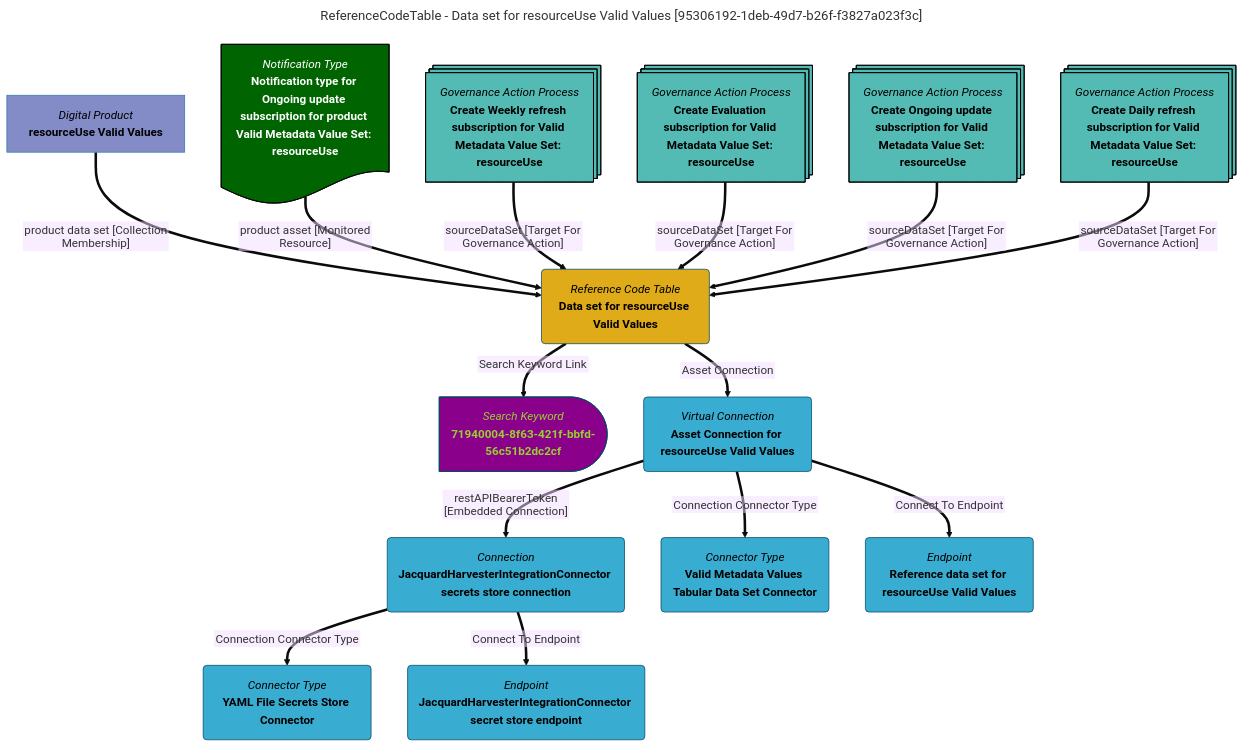
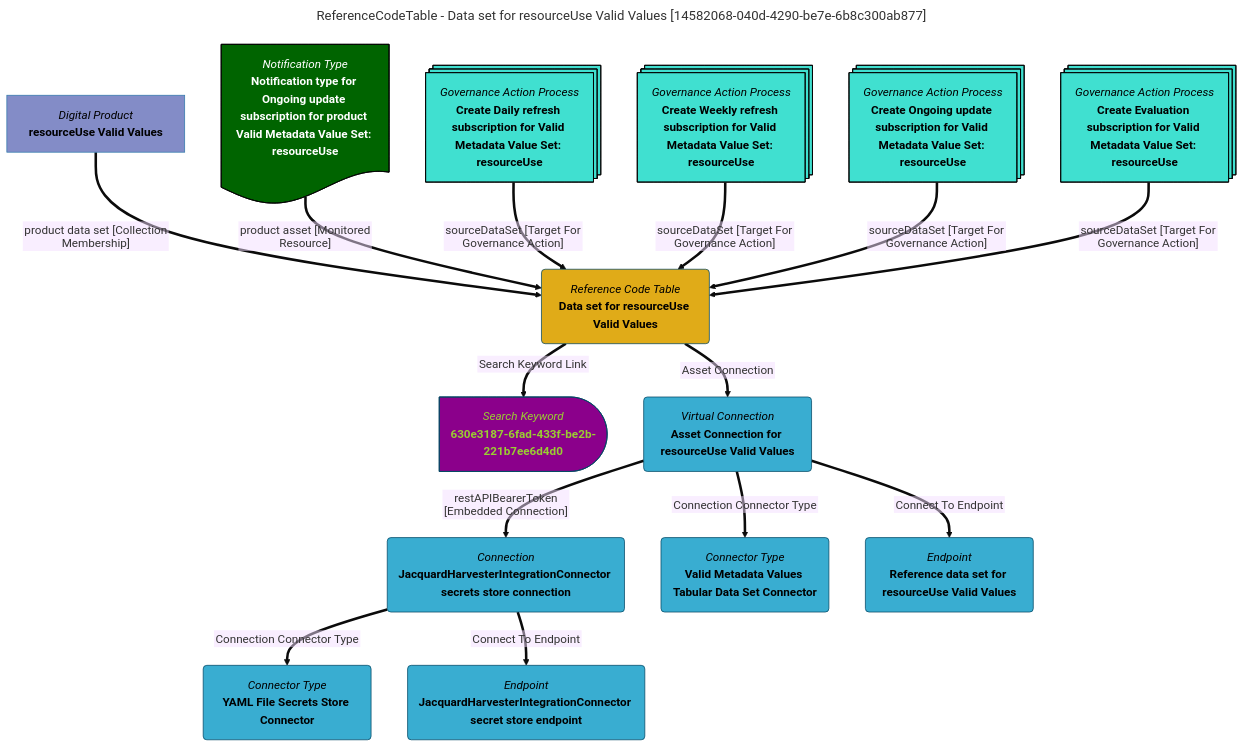
One commit to odpi/egeria-docs changed the diagram in site/snippets/data-assets/data-set-for-resourceuse-valid-values-mermaid-graph.md. Above: the diagram before and after it, drawn with Mermaid (base theme). The commit also changed 2201 other files, not shown here.

````diff
--- a/site/snippets/data-assets/data-set-for-resourceuse-valid-values-mermaid-graph.md
+++ b/site/snippets/data-assets/data-set-for-resourceuse-valid-values-mermaid-graph.md
@@ -1,63 +1,63 @@
 ```mermaid
 ---
-title: ReferenceCodeTable - Data set for resourceUse Valid Values [95306192-1deb-49d7-b26f-f3827a023f3c]
+title: ReferenceCodeTable - Data set for resourceUse Valid Values [14582068-040d-4290-be7e-6b8c300ab877]
 ---
 flowchart TD
 %%{init: {"flowchart": {"htmlLabels": false}} }%%
 
 1@{ shape: rounded, label: "*Reference Code Table*
 **Data set for resourceUse Valid Values**"}
 2@{ shape: delay, label: "*Search Keyword*
-**71940004-8f63-421f-bbfd-56c51b2dc2cf**"}
+**630e3187-6fad-433f-be2b-221b7ee6d4d0**"}
 1==>|"Search Keyword Link"|2
 3@{ shape: rect, label: "*Digital Product*
 **resourceUse Valid Values**"}
 3==>|"product data set [Collection Membership]"|1
 4@{ shape: rounded, label: "*Virtual Connection*
 **Asset Connection for resourceUse Valid Values**"}
 1==>|"Asset Connection"|4
 5@{ shape: rounded, label: "*Connection*
 **JacquardHarvesterIntegrationConnector secrets store connection**"}
 4==>|"restAPIBearerToken [Embedded Connection]"|5
 6@{ shape: rounded, label: "*Connector Type*
 **YAML File Secrets Store Connector**"}
 5==>|"Connection Connector Type"|6
 7@{ shape: rounded, label: "*Endpoint*
 **JacquardHarvesterIntegrationConnector secret store endpoint**"}
 5==>|"Connect To Endpoint"|7
 8@{ shape: rounded, label: "*Connector Type*
 **Valid Metadata Values Tabular Data Set Connector**"}
 4==>|"Connection Connector Type"|8
 9@{ shape: rounded, label: "*Endpoint*
 **Reference data set for resourceUse Valid Values**"}
 4==>|"Connect To Endpoint"|9
 10@{ shape: doc, label: "*Notification Type*
 **Notification type for Ongoing update subscription for product Valid Metadata Value Set: resourceUse**"}
 10==>|"product asset [Monitored Resource]"|1
 11@{ shape: processes, label: "*Governance Action Process*
-**Create Weekly refresh subscription for Valid Metadata Value Set: resourceUse**"}
+**Create Daily refresh subscription for Valid Metadata Value Set: resourceUse**"}
 11==>|"sourceDataSet [Target For Governance Action]"|1
 12@{ shape: processes, label: "*Governance Action Process*
-**Create Evaluation subscription for Valid Metadata Value Set: resourceUse**"}
+**Create Weekly refresh subscription for Valid Metadata Value Set: resourceUse**"}
 12==>|"sourceDataSet [Target For Governance Action]"|1
 13@{ shape: processes, label: "*Governance Action Process*
 **Create Ongoing update subscription for Valid Metadata Value Set: resourceUse**"}
 13==>|"sourceDataSet [Target For Governance Action]"|1
 14@{ shape: processes, label: "*Governance Action Process*
-**Create Daily refresh subscription for Valid Metadata Value Set: resourceUse**"}
+**Create Evaluation subscription for Valid Metadata Value Set: resourceUse**"}
 14==>|"sourceDataSet [Target For Governance Action]"|1
-style 11 color:#000000, fill:#53bbb4, stroke:#000000
-style 12 color:#000000, fill:#53bbb4, stroke:#000000
-style 13 color:#000000, fill:#53bbb4, stroke:#000000
-style 14 color:#000000, fill:#53bbb4, stroke:#000000
+style 11 color:#000000, fill:#40E0D0, stroke:#000000
+style 12 color:#000000, fill:#40E0D0, stroke:#000000
+style 13 color:#000000, fill:#40E0D0, stroke:#000000
+style 14 color:#000000, fill:#40E0D0, stroke:#000000
 style 1 color:#000000, fill:#e0ab18, stroke:#004563
-style 2 color:#9acd32, fill:#8b008b, stroke:#004563
+style 2 color:#9ACD32, fill:#8B008B, stroke:#004563
 style 3 color:#000000, fill:#838cc7, stroke:#3079ab
 style 4 color:#000000, fill:#39add1, stroke:#004563
 style 5 color:#000000, fill:#39add1, stroke:#004563
 style 6 color:#000000, fill:#39add1, stroke:#004563
 style 7 color:#000000, fill:#39add1, stroke:#004563
 style 8 color:#000000, fill:#39add1, stroke:#004563
 style 9 color:#000000, fill:#39add1, stroke:#004563
 style 10 color:#FFFFFF, fill:#006400, stroke:#000000
 ```
````
